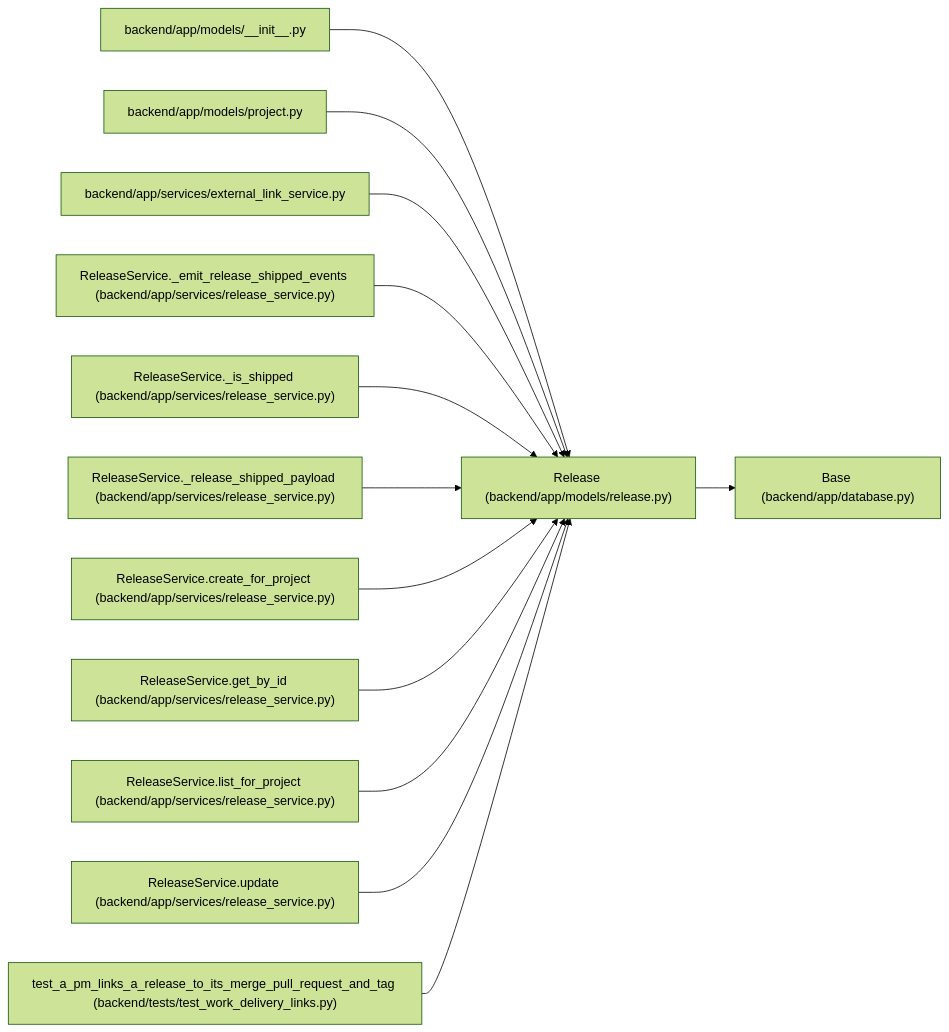
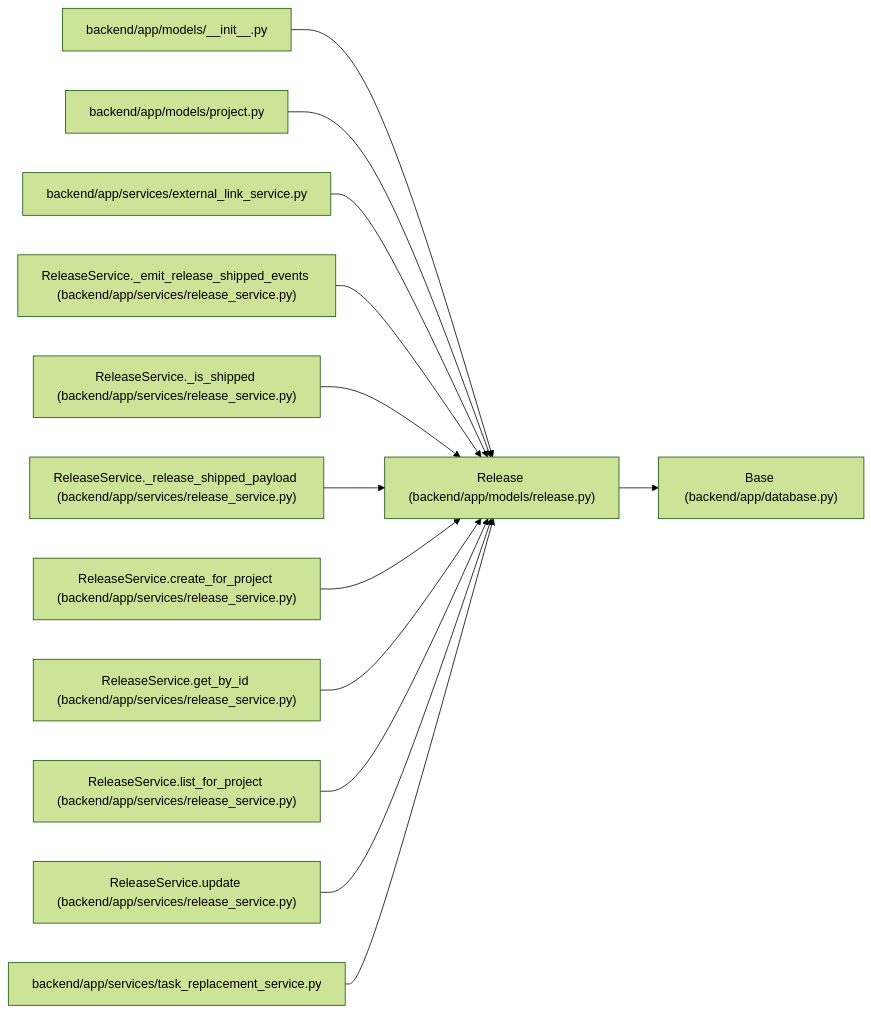
The diagram in docs/llm_wiki/entities/models_release_Release.md (Denissvgn/WorkChord), drawn with Mermaid (forest theme) before and after one commit. The commit also changed other lines of this file and 1817 other files, not shown here.

First line of the commit message:
Refresh the architectural wiki for the 1.9.0 changes

````diff
--- a/docs/llm_wiki/entities/models_release_Release.md
+++ b/docs/llm_wiki/entities/models_release_Release.md
@@ -40,41 +40,41 @@
 ```mermaid
 flowchart LR
     n0["Release (backend/app/models/release.py)"]
     n1["Base (backend/app/database.py)"]
     n2["backend/app/models/__init__.py"]
     n3["backend/app/models/project.py"]
     n4["backend/app/services/external_link_service.py"]
     n5["ReleaseService._emit_release_shipped_events (backend/app/services/release_service.py)"]
     n6["ReleaseService._is_shipped (backend/app/services/release_service.py)"]
     n7["ReleaseService._release_shipped_payload (backend/app/services/release_service.py)"]
     n8["ReleaseService.create_for_project (backend/app/services/release_service.py)"]
     n9["ReleaseService.get_by_id (backend/app/services/release_service.py)"]
     n10["ReleaseService.list_for_project (backend/app/services/release_service.py)"]
     n11["ReleaseService.update (backend/app/services/release_service.py)"]
-    n12["test_a_pm_links_a_release_to_its_merge_pull_request_and_tag (backend/tests/test_work_delivery_links.py)"]
+    n12["backend/app/services/task_replacement_service.py"]
     n0 --> n1
     n2 --> n0
     n3 --> n0
     n4 --> n0
     n5 --> n0
     n6 --> n0
     n7 --> n0
     n8 --> n0
     n9 --> n0
     n10 --> n0
     n11 --> n0
     n12 --> n0
     click n0 "../modules/models_release.md"
     click n1 "../modules/app_database.md"
     click n2 "../modules/models___init__.md"
     click n3 "../modules/models_project.md"
     click n4 "../modules/external_link_service.md"
     click n5 "../modules/release_service.md"
     click n6 "../modules/release_service.md"
     click n7 "../modules/release_service.md"
     click n8 "../modules/release_service.md"
     click n9 "../modules/release_service.md"
     click n10 "../modules/release_service.md"
     click n11 "../modules/release_service.md"
-    click n12 "../modules/test_work_delivery_links.md"
+    click n12 "../modules/task_replacement_service.md"
 ```
````
